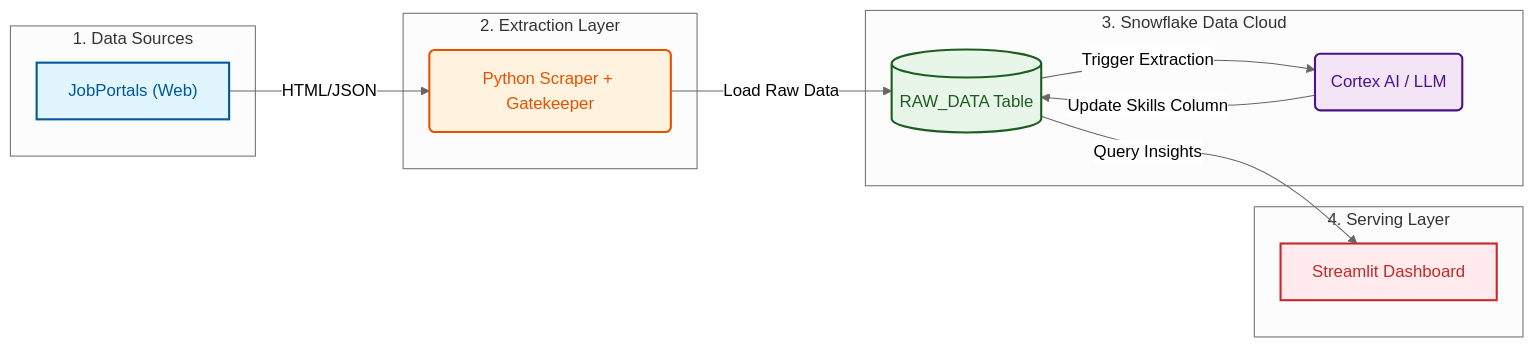
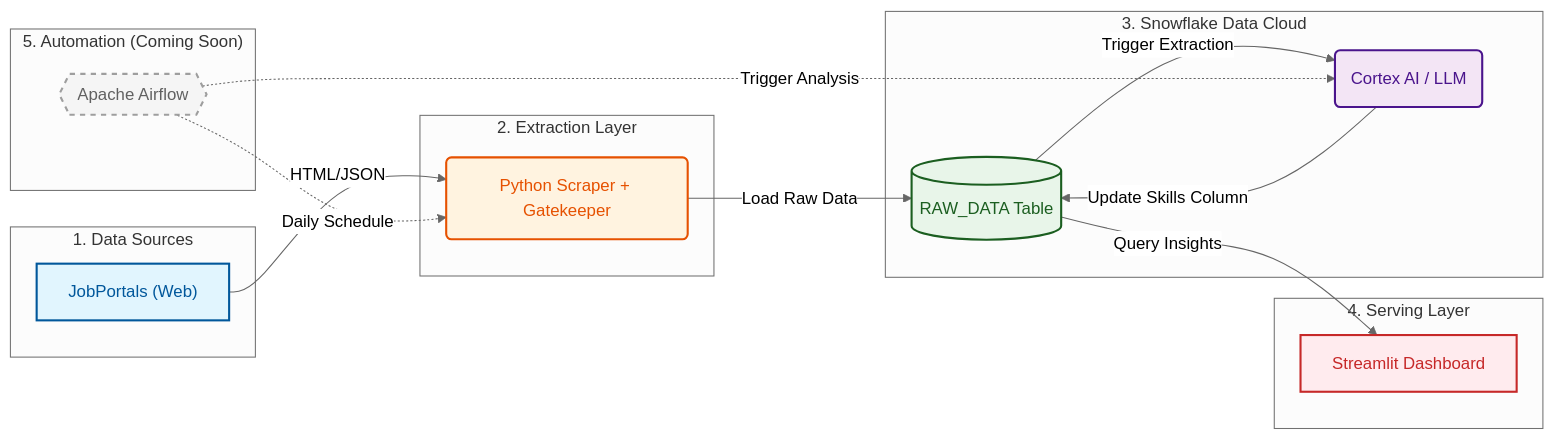
One commit to bwahyuh/JOB-RADAR changed the diagram in README.md. Above: the diagram before and after it, drawn with Mermaid (neutral theme).

Commit message:
Enhance README with future automation details
Added future automation node and connections in the diagram.

````diff
--- a/README.md
+++ b/README.md
@@ -38,35 +38,45 @@
 ```mermaid
 graph LR
     %% Node Definitions with Styles
     classDef source fill:#e1f5fe,stroke:#01579b,stroke-width:2px,color:#01579b;
     classDef ingestion fill:#fff3e0,stroke:#e65100,stroke-width:2px,color:#e65100;
     classDef storage fill:#e8f5e9,stroke:#1b5e20,stroke-width:2px,color:#1b5e20;
     classDef ai fill:#f3e5f5,stroke:#4a148c,stroke-width:2px,color:#4a148c;
     classDef serving fill:#ffebee,stroke:#c62828,stroke-width:2px,color:#c62828;
+    classDef future fill:#f5f5f5,stroke:#9e9e9e,stroke-width:2px,stroke-dasharray: 5 5,color:#616161;
 
     %% The Flow
     subgraph Sources ["1. Data Sources"]
         A["JobPortals (Web)"]:::source
     end
 
     subgraph Ingestion ["2. Extraction Layer"]
         B(Python Scraper + Gatekeeper):::ingestion
     end
 
     subgraph Warehouse ["3. Snowflake Data Cloud"]
         C[(RAW_DATA Table)]:::storage
         D(Cortex AI / LLM):::ai
     end
 
     subgraph Serving ["4. Serving Layer"]
         E[Streamlit Dashboard]:::serving
     end
+    
+    %% Future Automation Node
+    subgraph Orchestration ["5. Automation (Coming Soon)"]
+        F{{Apache Airflow}}:::future
+    end
 
-    %% Connections
+    %% Connections (Active Paths)
     A -->|HTML/JSON| B
     B -->|Load Raw Data| C
     C -->|Trigger Extraction| D
     D -->|Update Skills Column| C
     C -->|Query Insights| E
+    
+    %% Future Connections (Planned)
+    F -.->|Daily Schedule| B
+    F -.->|Trigger Analysis| D
 
 ```
````
